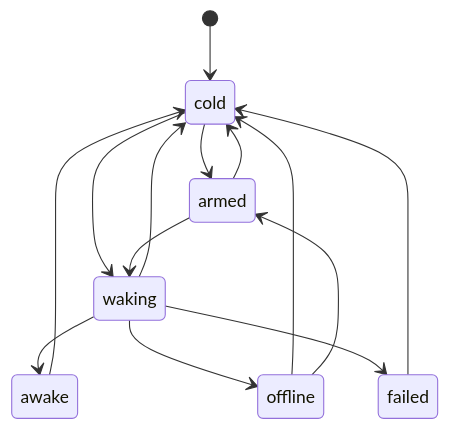
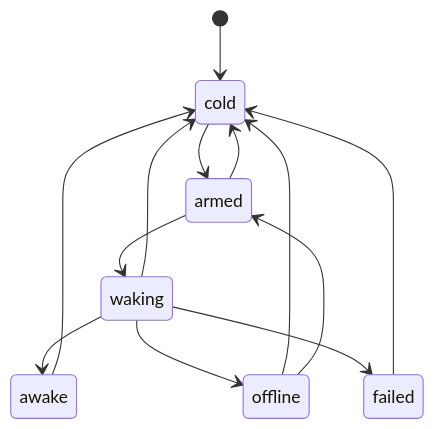
Before and after one commit to ogygiajs/ogygia: the diagram in internal/notes/flows/region-wake.md, drawn with Mermaid. The commit also changed 4 other files, not shown here.

````diff
--- a/internal/notes/flows/region-wake.md
+++ b/internal/notes/flows/region-wake.md
@@ -42,16 +42,15 @@
 ```mermaid
 stateDiagram-v2
     [*] --> cold
     cold --> armed
-    cold --> waking
     armed --> cold
     armed --> waking
     waking --> cold
     waking --> awake
     waking --> offline
     waking --> failed
     awake --> cold
     offline --> cold
     offline --> armed
     failed --> cold
 ```
````
